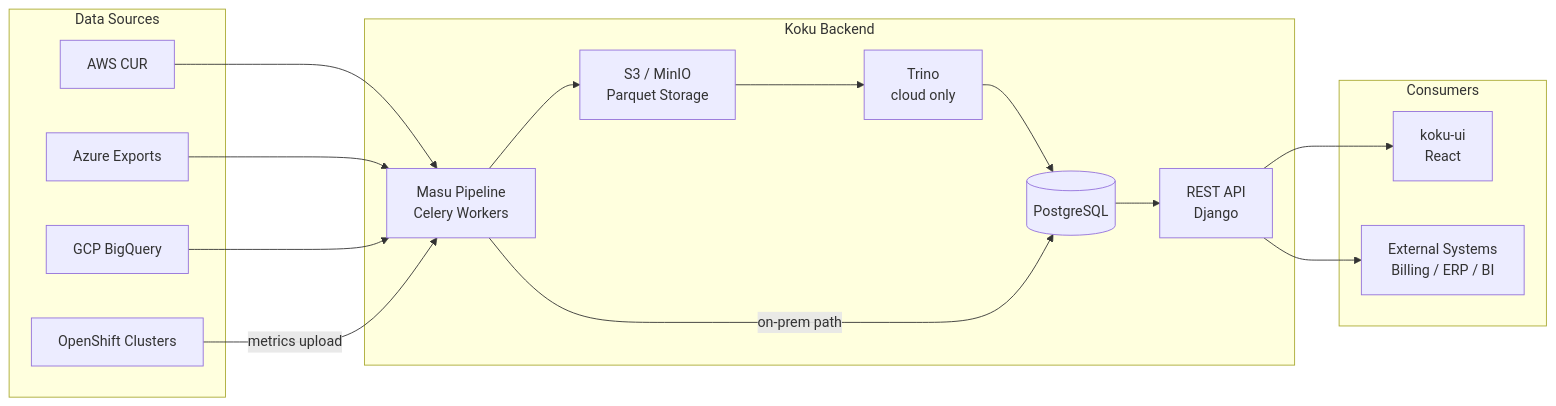
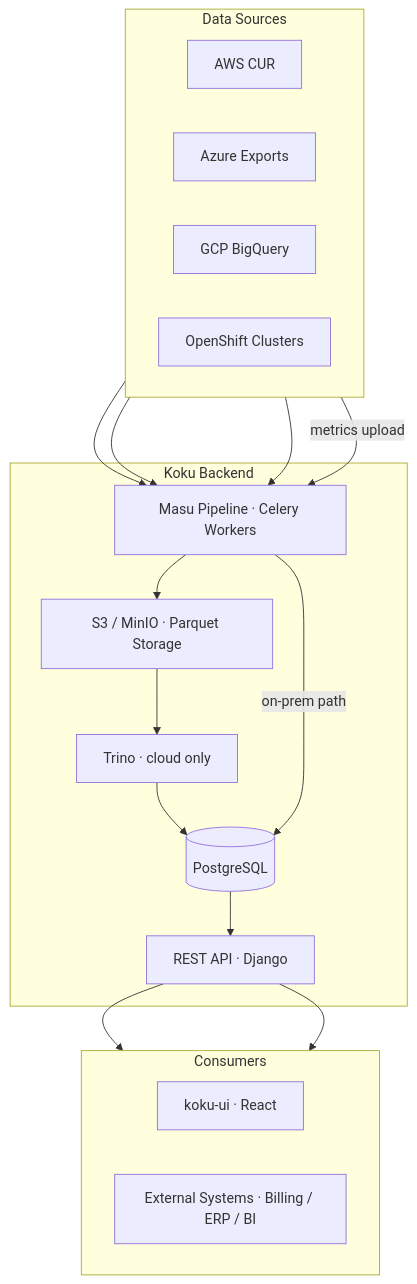
Before and after one commit to project-koku/project-koku.github.io: the first of 3 diagrams in content/docs/architecture/_index.md, drawn with Mermaid. The commit also changed other lines of this file and 14 other files, not shown here.

First line of the commit message:
Fix Mermaid diagram rendering, navbar logo, and homepage layout

````diff
--- a/content/docs/architecture/_index.md
+++ b/content/docs/architecture/_index.md
@@ -14,36 +12,38 @@
 ```mermaid
-flowchart LR
+flowchart TD
     subgraph sources [Data Sources]
+        direction LR
         AWS[AWS CUR]
         Azure[Azure Exports]
         GCP[GCP BigQuery]
         OCP[OpenShift Clusters]
     end
 
     subgraph kokuBackend [Koku Backend]
-        Masu[Masu Pipeline<br/>Celery Workers]
-        S3[S3 / MinIO<br/>Parquet Storage]
-        Trino[Trino<br/>cloud only]
+        Masu[Masu Pipeline · Celery Workers]
+        S3[S3 / MinIO · Parquet Storage]
+        Trino[Trino · cloud only]
         PG[(PostgreSQL)]
-        API[REST API<br/>Django]
+        API[REST API · Django]
     end
 
     subgraph consumers [Consumers]
-        UI[koku-ui<br/>React]
-        ExtAPI[External Systems<br/>Billing / ERP / BI]
+        direction LR
+        UI[koku-ui · React]
+        ExtAPI[External Systems · Billing / ERP / BI]
     end
 
     AWS --> Masu
     Azure --> Masu
     GCP --> Masu
     OCP -->|metrics upload| Masu
 
     Masu --> S3
     S3 --> Trino
     Trino --> PG
     Masu -->|on-prem path| PG
 
     PG --> API
     API --> UI
     API --> ExtAPI
 ```
````
